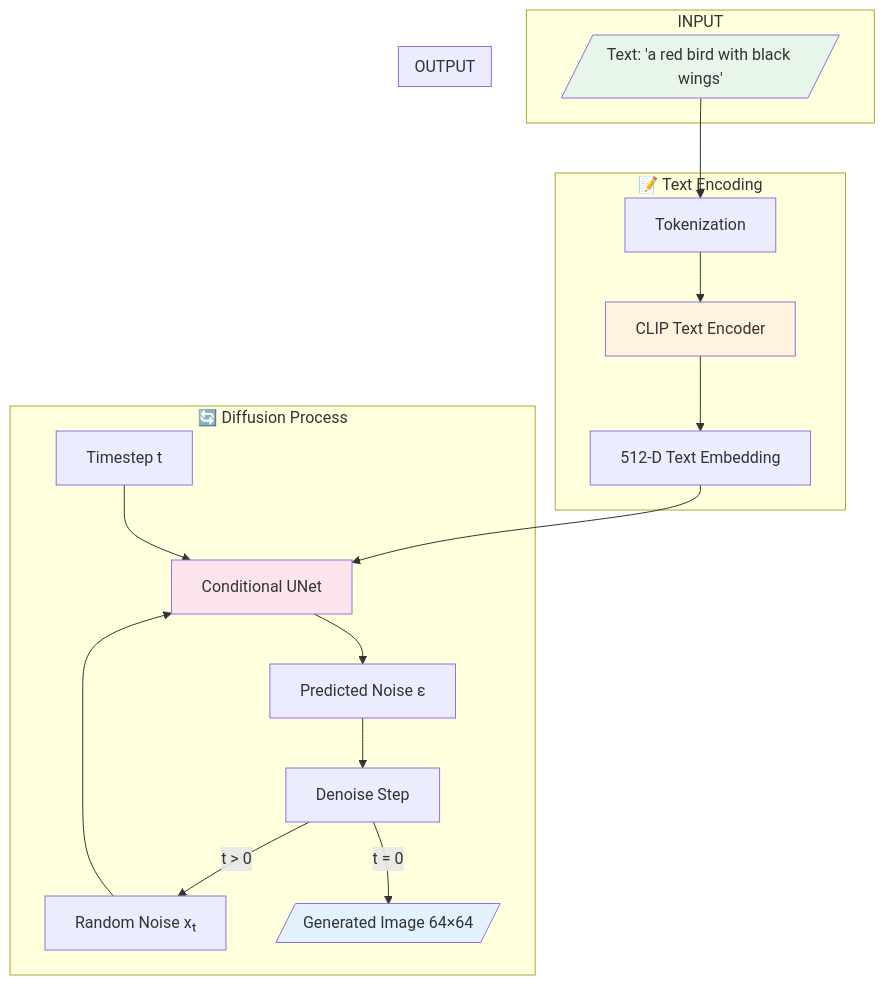
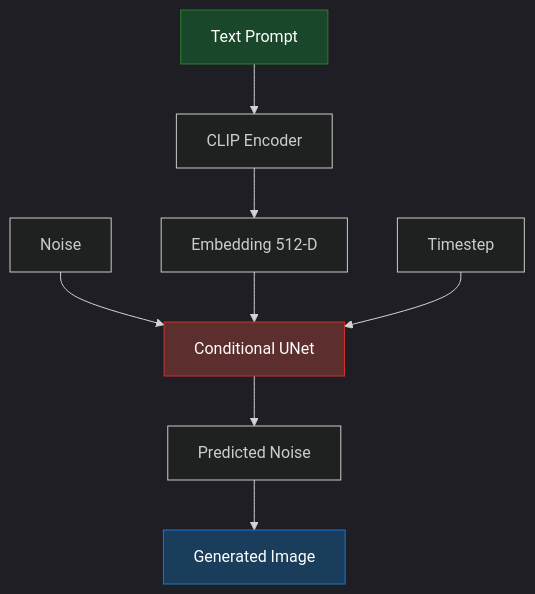
The second of 4 diagrams in README.md (kushalsai-01/Conditional-Diffusion-Text2Image), drawn with Mermaid before and after one commit. The commit also changed other lines of this file and 2 other files, not shown here.

Commit message:
Update: Clean README with dark diagrams, fix training bugs

````diff
--- a/README.md
+++ b/README.md
@@ -90,31 +42,15 @@
 ```mermaid
+%%{init: {'theme':'dark'}}%%
 flowchart TB
-    subgraph INPUT
-        T[/"Text: 'a red bird with black wings'"/]
-    end
+    T[Text Prompt] --> CLIP[CLIP Encoder]
+    CLIP --> EMB[Embedding 512-D]
+    N[Noise] --> UNET[Conditional UNet]
+    EMB --> UNET
+    TIME[Timestep] --> UNET
+    UNET --> PRED[Predicted Noise]
+    PRED --> IMG[Generated Image]
     
-    subgraph TEXT_ENCODING["📝 Text Encoding"]
-        T --> TOK[Tokenization]
-        TOK --> CLIP[CLIP Text Encoder]
-        CLIP --> EMB[512-D Text Embedding]
-    end
-    
-    subgraph DIFFUSION["🔄 Diffusion Process"]
-        N[Random Noise xₜ] --> UNET
-        EMB --> UNET[Conditional UNet]
-        TIME[Timestep t] --> UNET
-        UNET --> PRED[Predicted Noise ε]
-        PRED --> DENOISE[Denoise Step]
-        DENOISE --> |t > 0| N
-        DENOISE --> |t = 0| IMG
-    end
-    
-    subgraph OUTPUT
-        IMG[/"Generated Image 64×64"/]
-    end
-    
-    style T fill:#E8F5E9
-    style IMG fill:#E3F2FD
-    style CLIP fill:#FFF3E0
-    style UNET fill:#FCE4EC
+    style T fill:#1a472a,stroke:#2e7d32,color:#fff
+    style IMG fill:#1a3d5c,stroke:#1976d2,color:#fff
+    style UNET fill:#5c2e2e,stroke:#d32f2f,color:#fff
 ```
````
